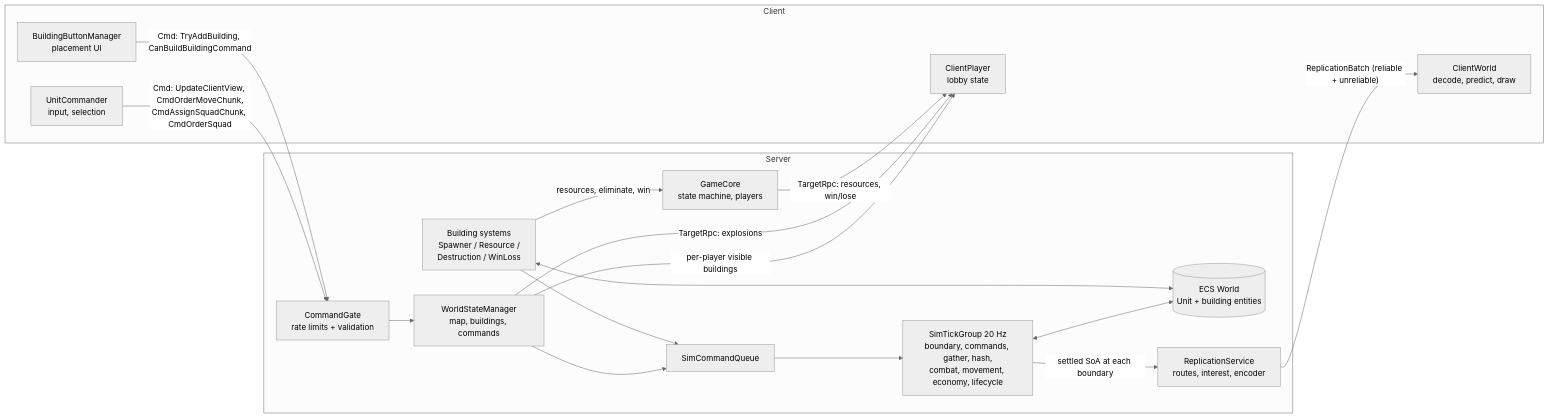
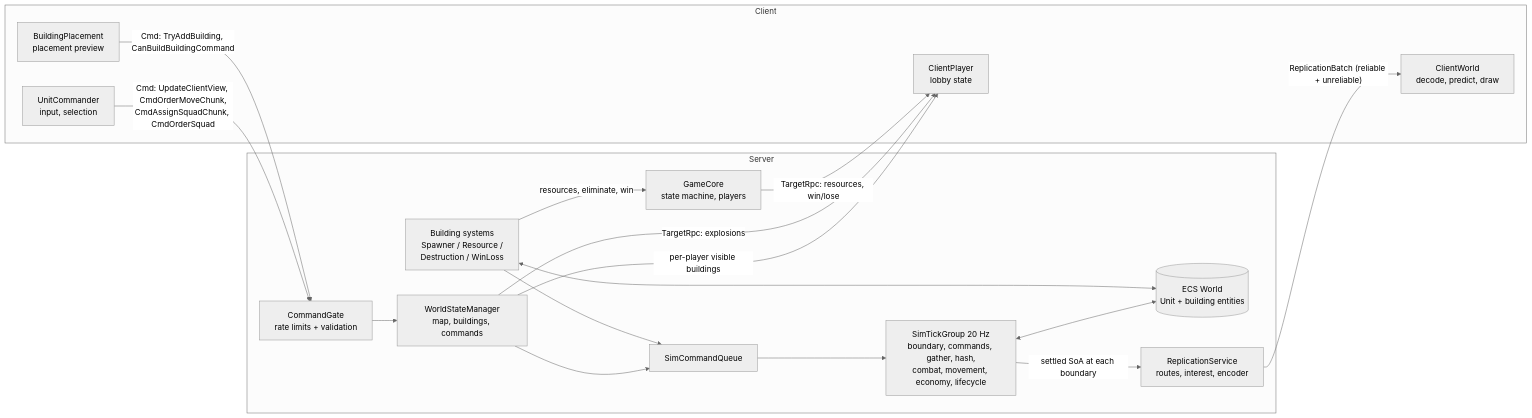
The first of 4 diagrams in docs/architecture.md (CoolCoder353/WAR-2D), drawn with Mermaid (neutral theme) before and after one commit. The commit also changed other lines of this file and 48 other files, not shown here.

````diff
--- a/docs/architecture.md
+++ b/docs/architecture.md
@@ -12,33 +12,33 @@
 ```mermaid
 flowchart LR
     subgraph Client
         UC[UnitCommander<br/>input, selection]
         CW[ClientWorld<br/>decode, predict, draw]
-        BBM[BuildingButtonManager<br/>placement UI]
+        BBM[BuildingPlacement<br/>placement preview]
         CP_C[ClientPlayer<br/>lobby state]
     end
     subgraph Server
         GATE[CommandGate<br/>rate limits + validation]
         WSM[WorldStateManager<br/>map, buildings, commands]
         Q[SimCommandQueue]
         TICK[SimTickGroup 20 Hz<br/>boundary, commands, gather, hash,<br/>combat, movement, economy, lifecycle]
         ECS[(ECS World<br/>Unit + building entities)]
         REP[ReplicationService<br/>routes, interest, encoder]
         GC[GameCore<br/>state machine, players]
         SYS[Building systems<br/>Spawner / Resource /<br/>Destruction / WinLoss]
     end
     UC -- "Cmd: UpdateClientView, CmdOrderMoveChunk,<br/>CmdAssignSquadChunk, CmdOrderSquad" --> GATE
     BBM -- "Cmd: TryAddBuilding, CanBuildBuildingCommand" --> GATE
     GATE --> WSM
     WSM --> Q
     SYS --> Q
     Q --> TICK
     TICK <--> ECS
     SYS <--> ECS
     TICK -- "settled SoA at each boundary" --> REP
     REP -- "ReplicationBatch (reliable + unreliable)" --> CW
     WSM -- "per-player visible buildings" --> CP_C
     WSM -- "TargetRpc: explosions" --> CP_C
     SYS -- "resources, eliminate, win" --> GC
     GC -- "TargetRpc: resources, win/lose" --> CP_C
 ```
````
